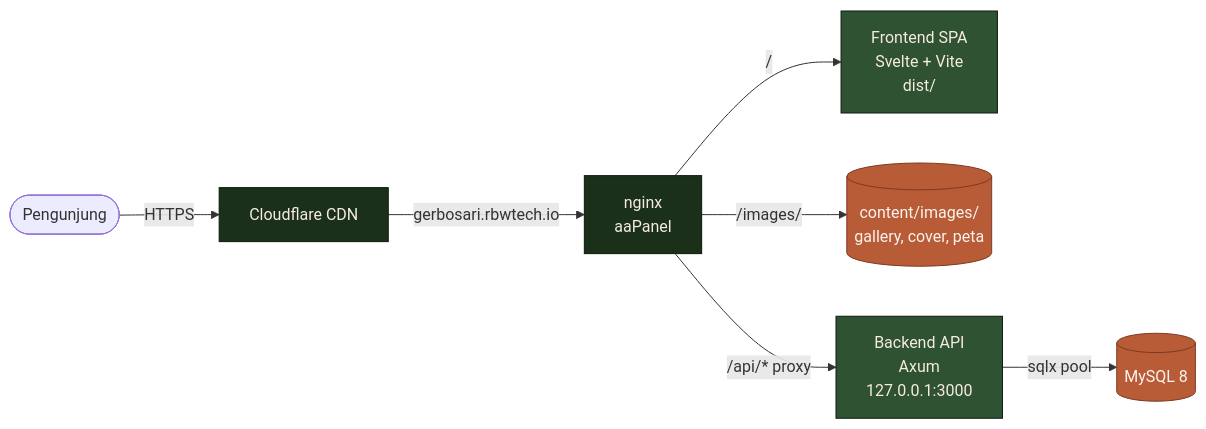
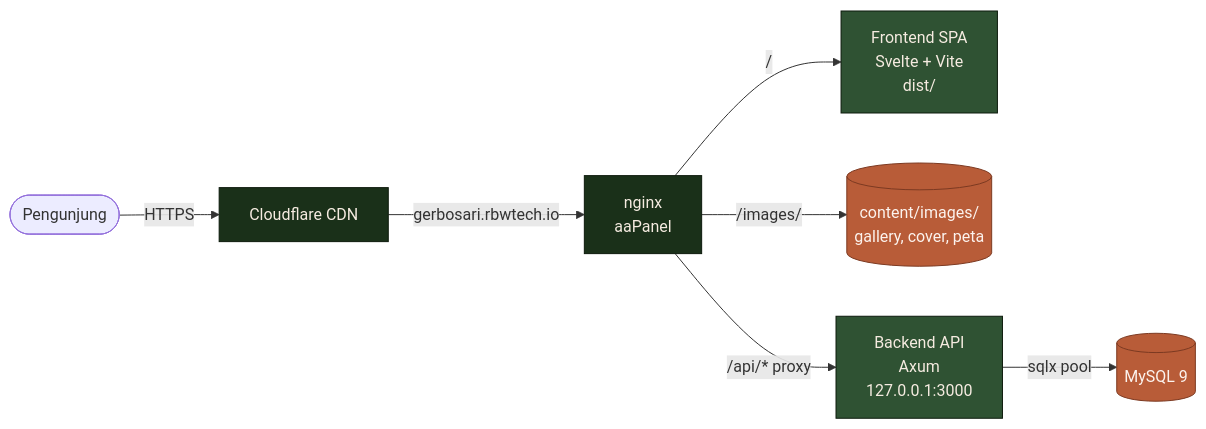
Before and after one commit to rbwtech/gerbosari: the first of 4 diagrams in README.md, drawn with Mermaid. The commit also changed other lines of this file and 17 other files, not shown here.

````diff
--- a/README.md
+++ b/README.md
@@ -33,17 +33,17 @@
 ```mermaid
 flowchart LR
     Browser([Pengunjung]) -->|HTTPS| CF[Cloudflare CDN]
     CF -->|gerbosari.rbwtech.io| Nginx[nginx<br/>aaPanel]
 
     Nginx -->|/| Static[Frontend SPA<br/>Svelte + Vite<br/>dist/]
     Nginx -->|/images/| Images[(content/images/<br/>gallery, cover, peta)]
     Nginx -->|/api/* proxy| Backend[Backend API<br/>Axum<br/>127.0.0.1:3000]
-    Backend -->|sqlx pool| MySQL[(MySQL 8)]
+    Backend -->|sqlx pool| MySQL[(MySQL 9)]
 
     classDef edge fill:#1a3019,stroke:#0d1a0c,color:#f5ebe0
     classDef app fill:#2f5233,stroke:#0d1a0c,color:#f5ebe0
     classDef data fill:#b85c38,stroke:#7c3a22,color:#fcf3ee
     class CF,Nginx edge
     class Static,Backend app
     class Images,MySQL data
 ```
````
